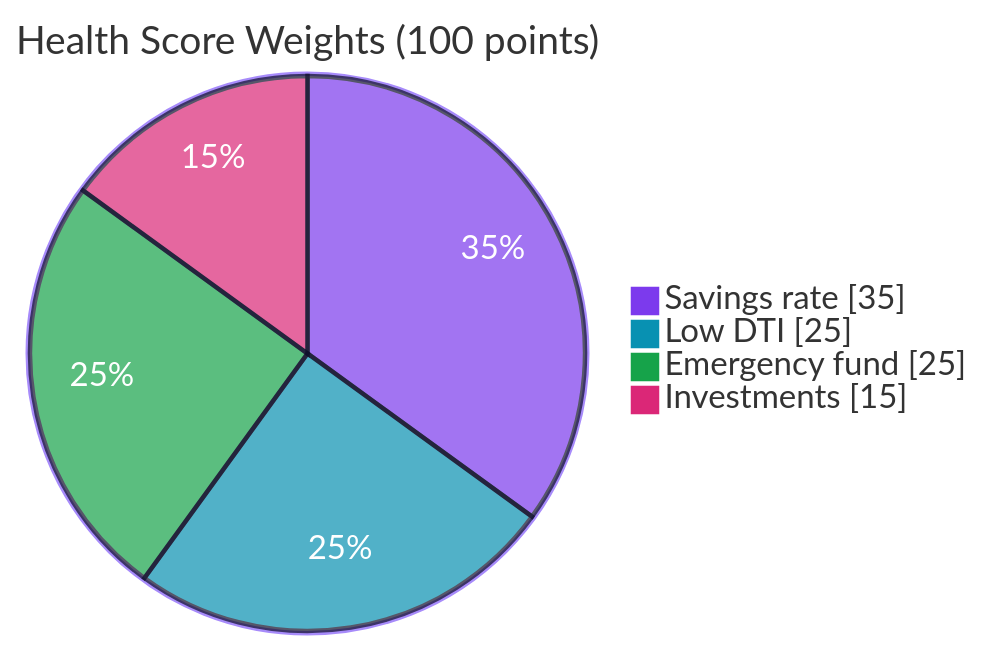
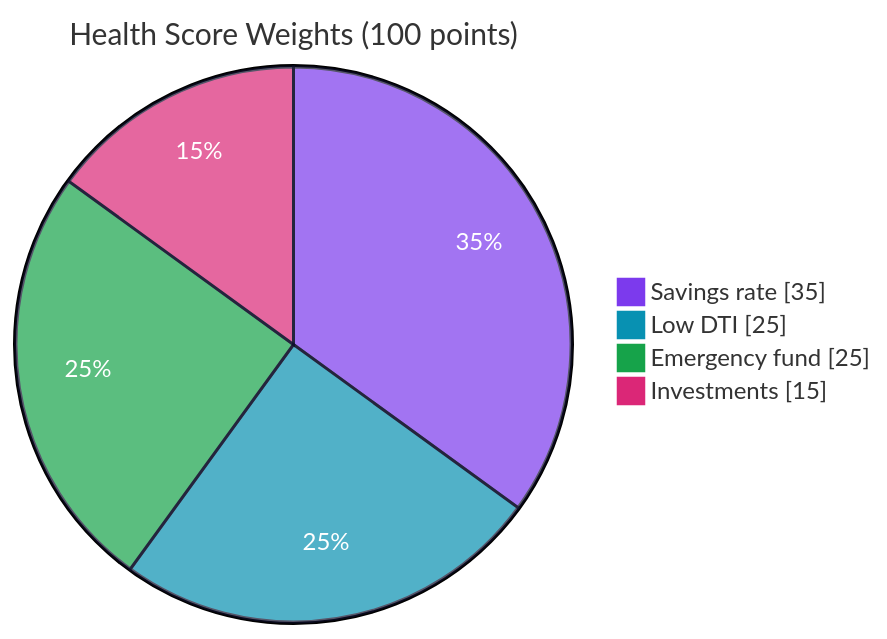
The seventh of 13 diagrams in README.md (Mansi232323/MANSHORA), drawn with Mermaid before and after one commit. The commit also changed other lines of this file, not shown here.

````diff
--- a/README.md
+++ b/README.md
@@ -251,8 +238,8 @@
 ```mermaid
-%%{init: {'theme':'base','themeVariables':{'fontSize':'22px','fontFamily':'Arial, Helvetica, sans-serif','pieTitleTextSize':'26px','pieSectionTextSize':'22px','pieLegendTextSize':'22px','pie1':'#7c3aed','pie2':'#0891b2','pie3':'#16a34a','pie4':'#db2777','pieSectionTextColor':'#ffffff','pieStrokeColor':'#0f0f2b','pieStrokeWidth':'3px','pieOuterStrokeColor':'#a78bfa','pieOuterStrokeWidth':'3px'}}}%%
+%%{init: {'theme':'base','themeVariables':{'fontSize':'16px','fontFamily':'Arial, Helvetica, sans-serif','pieTitleTextSize':'20px','pieSectionTextSize':'16px','pieLegendTextSize':'16px','pie1':'#7c3aed','pie2':'#0891b2','pie3':'#16a34a','pie4':'#db2777','pieSectionTextColor':'#ffffff','pieStrokeColor':'#0f0f2b','pieStrokeWidth':'2px'}}}%%
 pie showData title Health Score Weights (100 points)
     "Savings rate" : 35
     "Low DTI" : 25
     "Emergency fund" : 25
     "Investments" : 15
 ```
````
